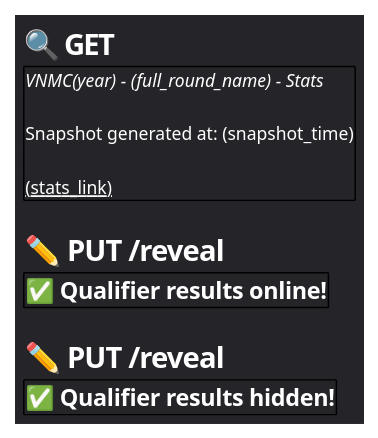
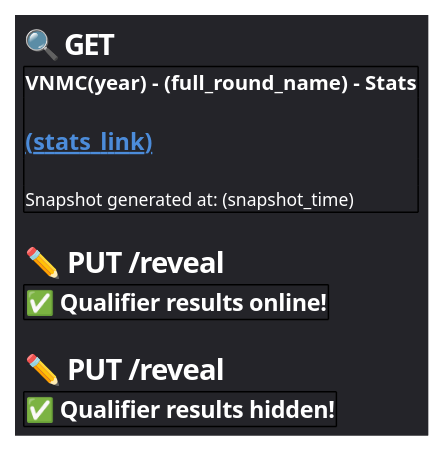
The diagram in bot-ui/stats/stats.puml (vnmc-ecosystem/vnmc-designs), drawn with PlantUML before and after one commit. The commit also changed 11 other files, not shown here.

```diff
--- a/bot-ui/stats/stats.puml
+++ b/bot-ui/stats/stats.puml
@@ -1,27 +1,27 @@
 @startsalt match
 	<style>
 		saltDiagram {
 			BackgroundColor #242429
 		}
 	</style>
 	{
 		= <color:#ffffff>🔍 GET
 		{+
-			==== <color:#ffffff>VNMC(year) - (full_round_name) - Stats
+			<b><color:#ffffff><size:14>VNMC(year) - (full_round_name) - Stats</b>
 			.
-			<color:#ffffff>Snapshot generated at: (snapshot_time)
+			<b><color:#4c8cda><size:16>__(stats_link)__</b>
 			.
-			<color:#ffffff>__(stats_link)__
+			<color:#ffffff><size:12>Snapshot generated at: (snapshot_time)
 		}
 		.
 		= <color:#ffffff>✏️ PUT /reveal /' toggle ON '/
 		{+
-			== <color:#ffffff>✅ Qualifier results online!
+			<b><color:#ffffff><size:16>✅ Qualifier results online!</b>
 		}
 		.
 		= <color:#ffffff>✏️ PUT /reveal /' toggle OFF '/
 		{+
-			== <color:#ffffff>✅ Qualifier results hidden!
+			<b><color:#ffffff><size:16>✅ Qualifier results hidden!</b>
 		}
 	}
 @endsalt
```
